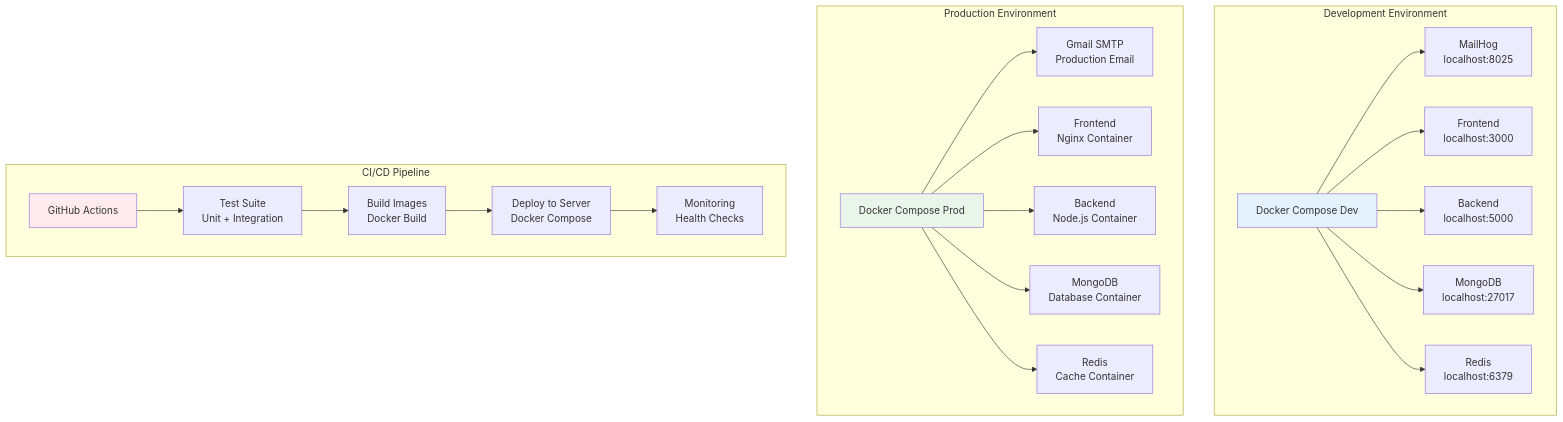
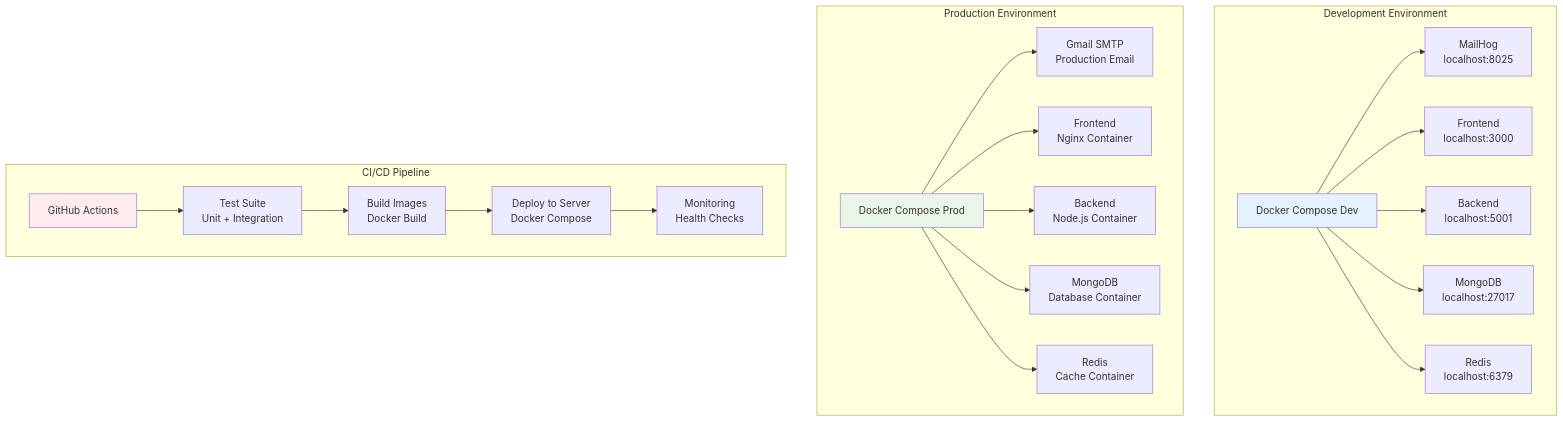
The tenth of 12 diagrams in frontend/docs/architecture/overview.md (josephnguyen-macusaone/abc-dashboard), drawn with Mermaid before and after one commit. The commit also changed 30 other files, not shown here.

````diff
--- a/frontend/docs/architecture/overview.md
+++ b/frontend/docs/architecture/overview.md
@@ -452,49 +452,49 @@
 ```mermaid
 graph TB
     subgraph "Development Environment"
         D_DC[Docker Compose Dev]
         D_MB[MailHog<br/>localhost:8025]
         D_FE[Frontend<br/>localhost:3000]
-        D_BE[Backend<br/>localhost:5000]
+        D_BE[Backend<br/>localhost:5001]
         D_MG[MongoDB<br/>localhost:27017]
         D_RD[Redis<br/>localhost:6379]
     end
 
     subgraph "Production Environment"
         P_DC[Docker Compose Prod]
         P_GM[Gmail SMTP<br/>Production Email]
         P_FE[Frontend<br/>Nginx Container]
         P_BE[Backend<br/>Node.js Container]
         P_MG[MongoDB<br/>Database Container]
         P_RD[Redis<br/>Cache Container]
     end
 
     subgraph "CI/CD Pipeline"
         GH[GitHub Actions]
         TST[Test Suite<br/>Unit + Integration]
         BLD[Build Images<br/>Docker Build]
         DEP[Deploy to Server<br/>Docker Compose]
         MON[Monitoring<br/>Health Checks]
     end
 
     D_DC --> D_MB
     D_DC --> D_FE
     D_DC --> D_BE
     D_DC --> D_MG
     D_DC --> D_RD
 
     P_DC --> P_GM
     P_DC --> P_FE
     P_DC --> P_BE
     P_DC --> P_MG
     P_DC --> P_RD
 
     GH --> TST
     TST --> BLD
     BLD --> DEP
     DEP --> MON
 
     style D_DC fill:#e3f2fd
     style P_DC fill:#e8f5e8
     style GH fill:#ffebee
 ```
````
